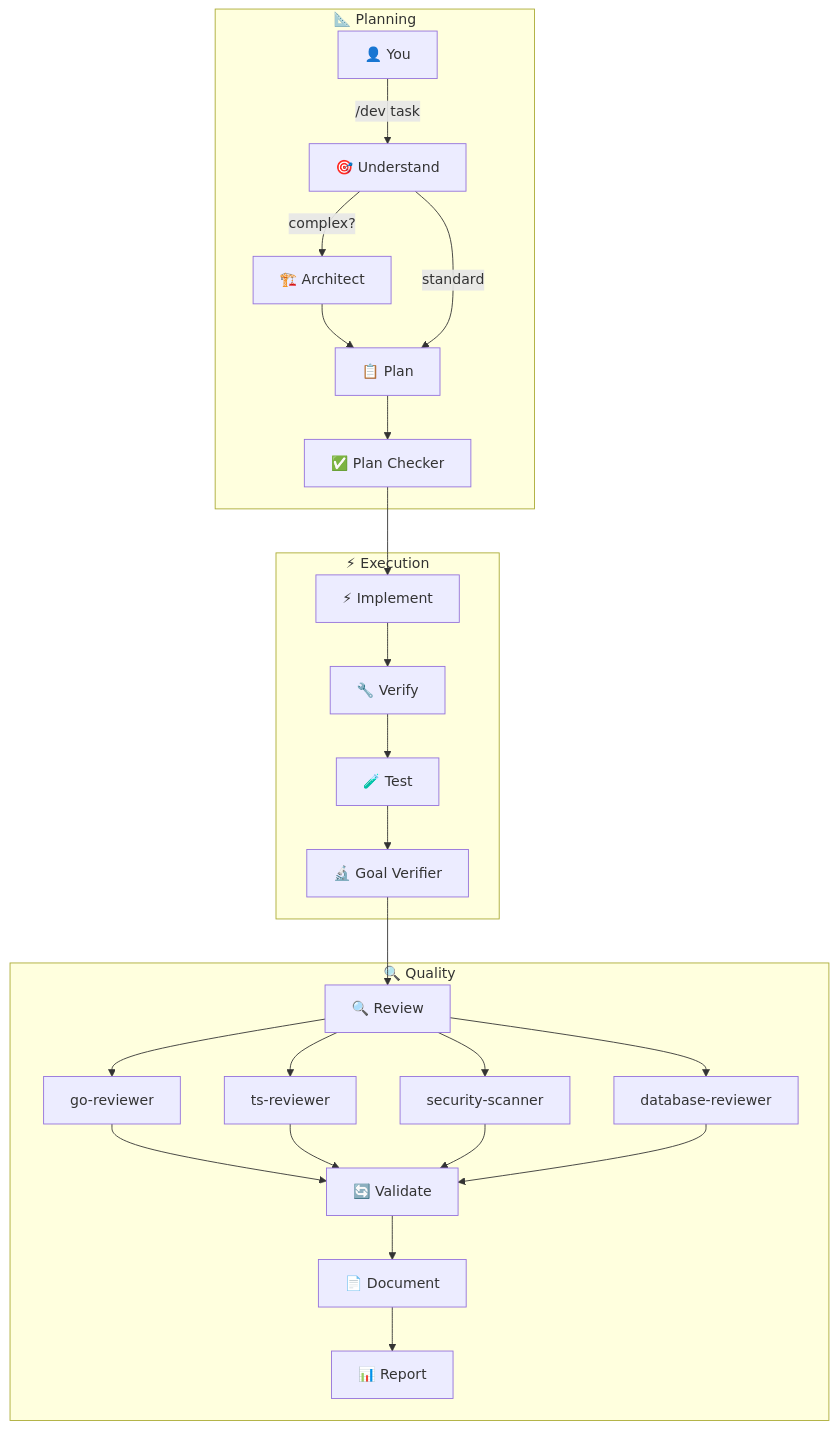
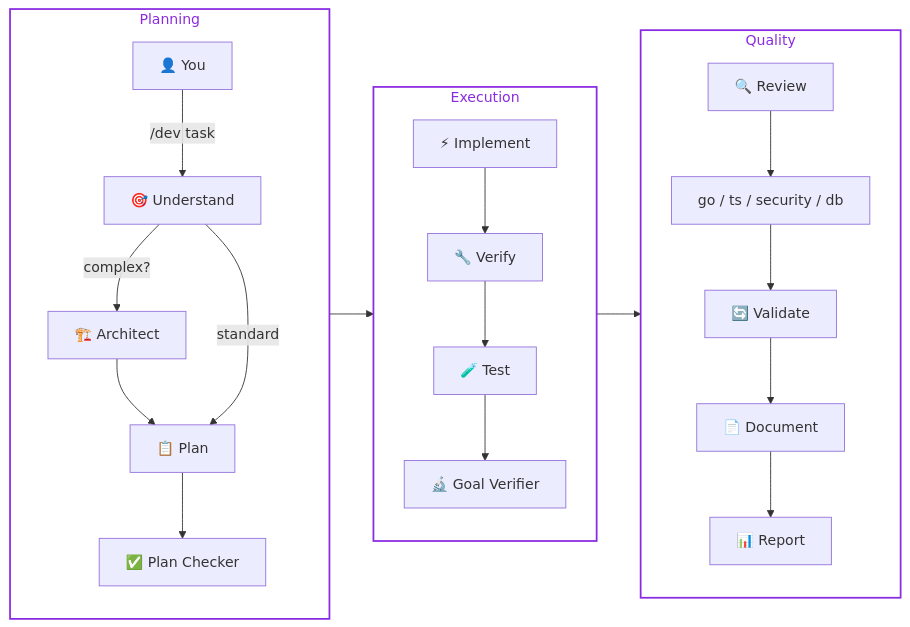
One commit to RaNDoM6913/claude-code-superkit changed the diagram in README.md. Above: the diagram before and after it, drawn with Mermaid.

Commit message:
🎨 style: snake layout diagram — 3 vertical columns, no yellow bg
LR graph with TB direction per subgraph creates snake flow.
Reviewers collapsed into single node for balanced column heights.
Subgraph backgrounds set to transparent with purple borders.

````diff
--- a/README.md
+++ b/README.md
@@ -90,29 +90,33 @@
 ```mermaid
-graph TD
-    subgraph planning ["📐 Planning"]
+graph LR
+    subgraph planning [" Planning "]
+        direction TB
         A["👤 You"] -->|"/dev task"| B["🎯 Understand"]
         B -->|"complex?"| B1["🏗️ Architect"]
         B1 --> C["📋 Plan"]
         B -->|"standard"| C
         C --> C1["✅ Plan Checker"]
     end
 
-    subgraph execution ["⚡ Execution"]
+    subgraph execution [" Execution "]
+        direction TB
         D["⚡ Implement"] --> E["🔧 Verify"]
         E --> F["🧪 Test"]
         F --> F1["🔬 Goal Verifier"]
     end
 
-    subgraph quality ["🔍 Quality"]
-        G["🔍 Review"] --> H["go-reviewer"]
-        G --> I["ts-reviewer"]
-        G --> J["security-scanner"]
-        G --> K["database-reviewer"]
-        H & I & J & K --> L["🔄 Validate"]
+    subgraph quality [" Quality "]
+        direction TB
+        G["🔍 Review"] --> R["go / ts / security / db"]
+        R --> L["🔄 Validate"]
         L --> M["📄 Document"]
         M --> N["📊 Report"]
     end
 
     C1 --> D
     F1 --> G
+
+    style planning fill:none,stroke:#8A2BE2,stroke-width:2px,color:#8A2BE2
+    style execution fill:none,stroke:#8A2BE2,stroke-width:2px,color:#8A2BE2
+    style quality fill:none,stroke:#8A2BE2,stroke-width:2px,color:#8A2BE2
 ```
````
